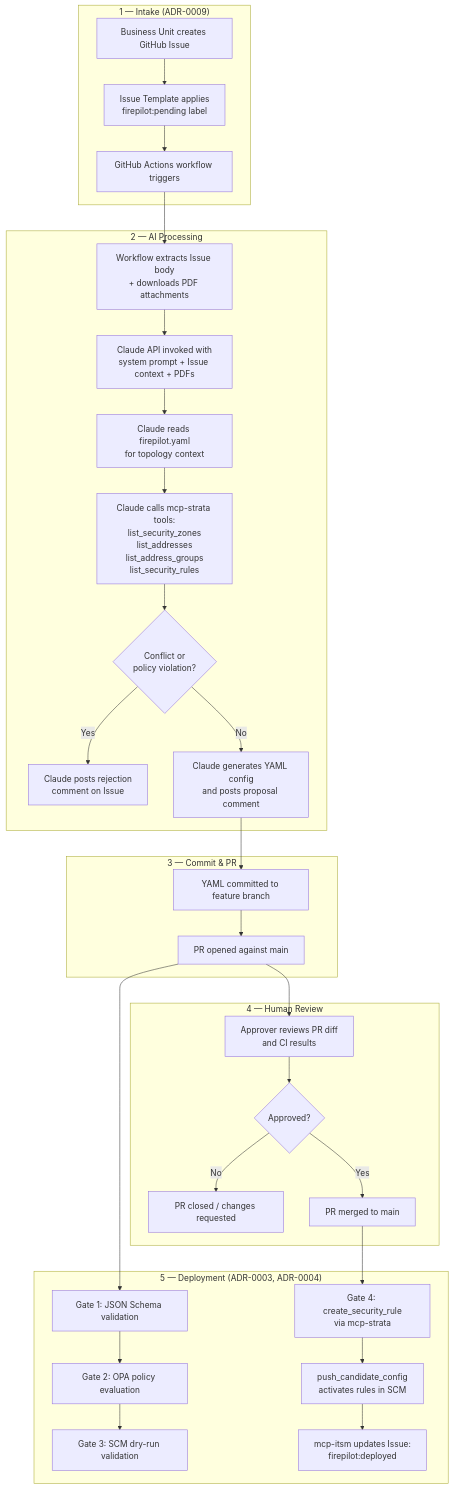
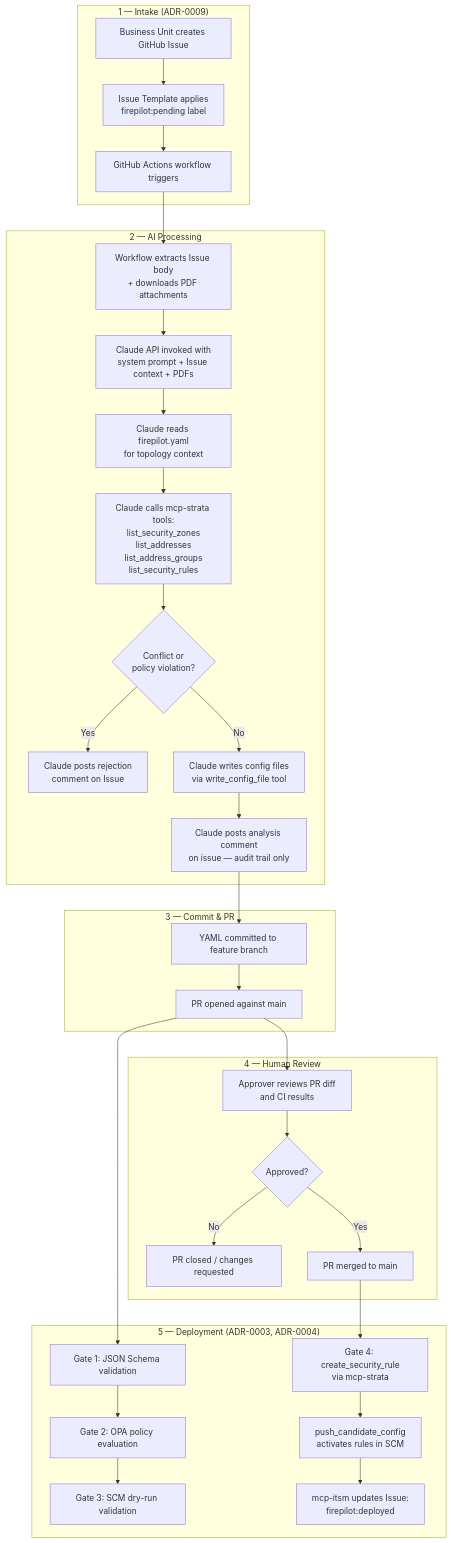
The third of 7 diagrams in docs/architecture.md (t11z/firepilot), drawn with Mermaid before and after one commit. The commit also changed other lines of this file and 3 other files, not shown here.

````diff
--- a/docs/architecture.md
+++ b/docs/architecture.md
@@ -116,38 +116,39 @@
 ```mermaid
 flowchart TD
     subgraph Intake ["1 — Intake (ADR-0009)"]
         A[Business Unit creates GitHub Issue] --> B[Issue Template applies<br>firepilot:pending label]
         B --> C[GitHub Actions workflow triggers]
     end
 
     subgraph Processing ["2 — AI Processing"]
         C --> D[Workflow extracts Issue body<br>+ downloads PDF attachments]
         D --> E[Claude API invoked with<br>system prompt + Issue context + PDFs]
         E --> F[Claude reads firepilot.yaml<br>for topology context]
         F --> G[Claude calls mcp-strata tools:<br>list_security_zones<br>list_addresses<br>list_address_groups<br>list_security_rules]
         G --> H{Conflict or<br>policy violation?}
         H -- Yes --> I[Claude posts rejection<br>comment on Issue]
-        H -- No --> J[Claude generates YAML config<br>and posts proposal comment]
+        H -- No --> J1[Claude writes config files<br>via write_config_file tool]
+        J1 --> J2[Claude posts analysis comment<br>on issue — audit trail only]
     end
 
     subgraph Commit ["3 — Commit & PR"]
-        J --> O[YAML committed to feature branch]
+        J2 --> O[YAML committed to feature branch]
         O --> P[PR opened against main]
     end
 
     subgraph Approval ["4 — Human Review"]
         P --> K[Approver reviews PR diff<br>and CI results]
         K --> L{Approved?}
         L -- No --> M[PR closed / changes requested]
         L -- Yes --> T[PR merged to main]
     end
 
     subgraph Deployment ["5 — Deployment (ADR-0003, ADR-0004)"]
         P --> Q[Gate 1: JSON Schema validation]
         Q --> R[Gate 2: OPA policy evaluation]
         R --> S[Gate 3: SCM dry-run validation]
         T --> U[Gate 4: create_security_rule<br>via mcp-strata]
         U --> V[push_candidate_config<br>activates rules in SCM]
         V --> W[mcp-itsm updates Issue:<br>firepilot:deployed]
     end
 ```
````
